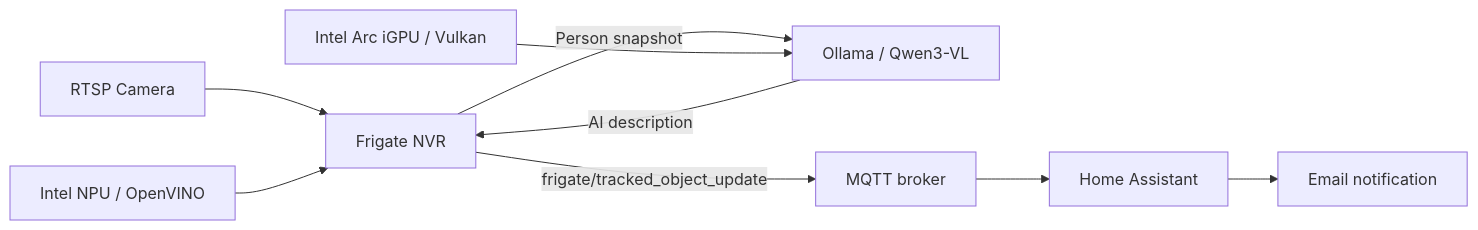
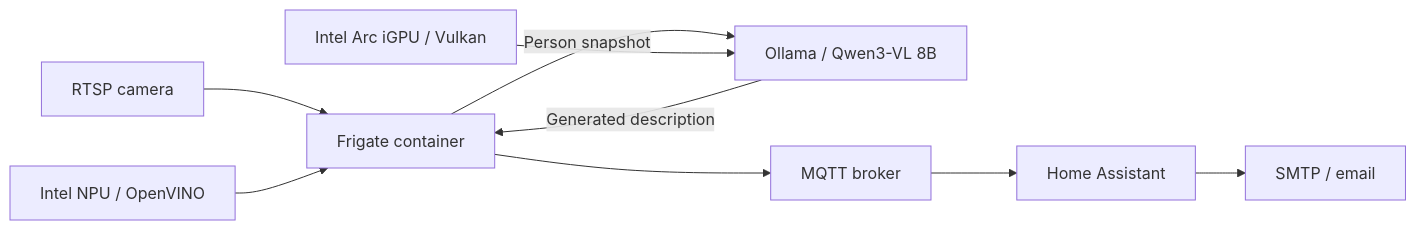
One commit to erix2022a/zettlab-frigate-intel-npu-igpu changed the diagram in README.md. Above: the diagram before and after it, drawn with Mermaid. The commit also changed other lines of this file, not shown here.

Commit message:
Rewrite README around Frigate, YAML, Ollama, SMTP, MQTT and HA automation sequence

````diff
--- a/README.md
+++ b/README.md
@@ -16,11 +24,11 @@
 ```mermaid
 flowchart LR
-  CAM[RTSP Camera] --> F[Frigate NVR]
-  NPU[Intel NPU / OpenVINO] --> F
-  F -->|Person snapshot| O[Ollama / Qwen3-VL]
-  GPU[Intel Arc iGPU / Vulkan] --> O
-  O -->|AI description| F
-  F -->|frigate/tracked_object_update| MQTT[MQTT broker]
-  MQTT --> HA[Home Assistant]
-  HA --> MAIL[Email notification]
+  CAMERA["RTSP camera"] --> FRIGATE["Frigate container"]
+  NPU["Intel NPU / OpenVINO"] --> FRIGATE
+  FRIGATE -->|"Person snapshot"| OLLAMA["Ollama / Qwen3-VL 8B"]
+  GPU["Intel Arc iGPU / Vulkan"] --> OLLAMA
+  OLLAMA -->|"Generated description"| FRIGATE
+  FRIGATE --> MQTT["MQTT broker"]
+  MQTT --> HA["Home Assistant"]
+  HA --> SMTP["SMTP / email"]
 ```
````
